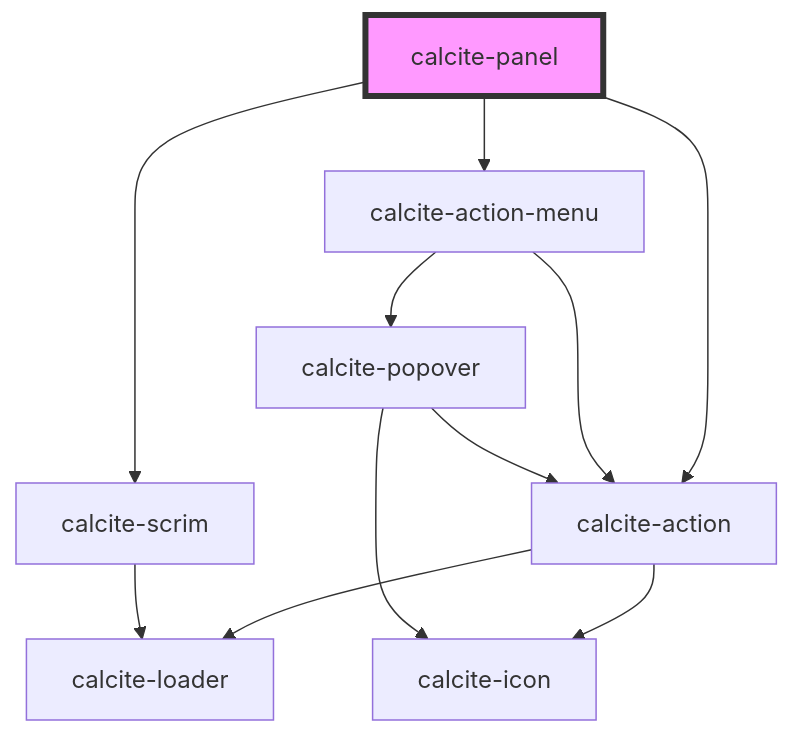
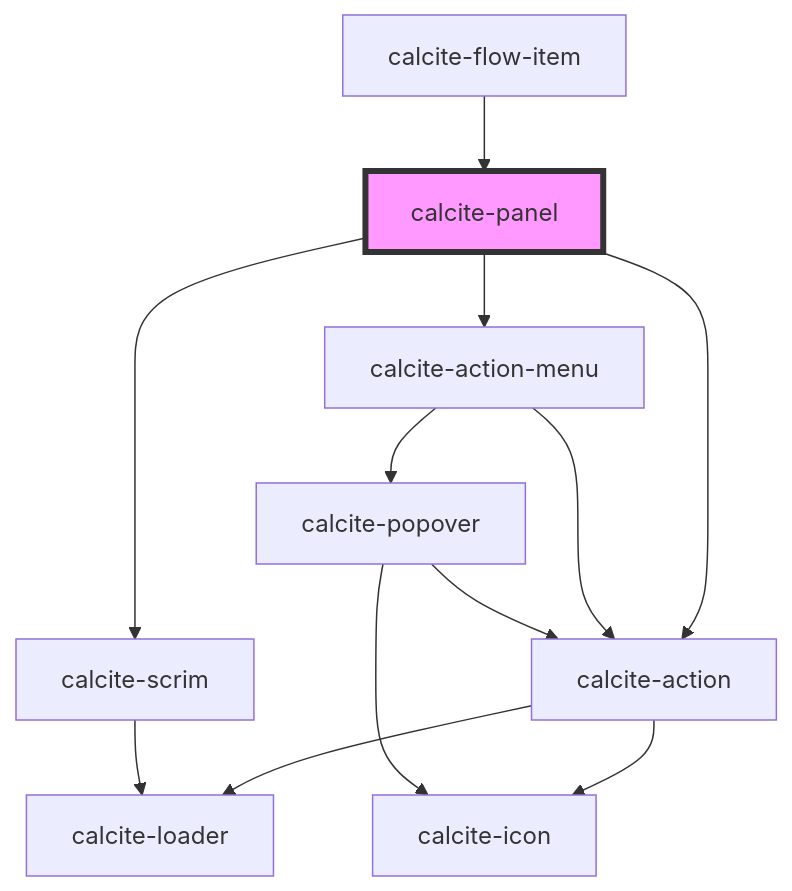
The diagram in src/components/panel/readme.md (vikivakarvc/calcite-design-system), drawn with Mermaid before and after one commit. The commit also changed other lines of this file and 3 other files, not shown here.

````diff
--- a/src/components/panel/readme.md
+++ b/src/components/panel/readme.md
@@ -157,14 +161,15 @@
 ```mermaid
 graph TD;
   calcite-panel --> calcite-action
   calcite-panel --> calcite-action-menu
   calcite-panel --> calcite-scrim
   calcite-action --> calcite-loader
   calcite-action --> calcite-icon
   calcite-action-menu --> calcite-action
   calcite-action-menu --> calcite-popover
   calcite-popover --> calcite-action
   calcite-popover --> calcite-icon
   calcite-scrim --> calcite-loader
+  calcite-flow-item --> calcite-panel
   style calcite-panel fill:#f9f,stroke:#333,stroke-width:4px
 ```
````
